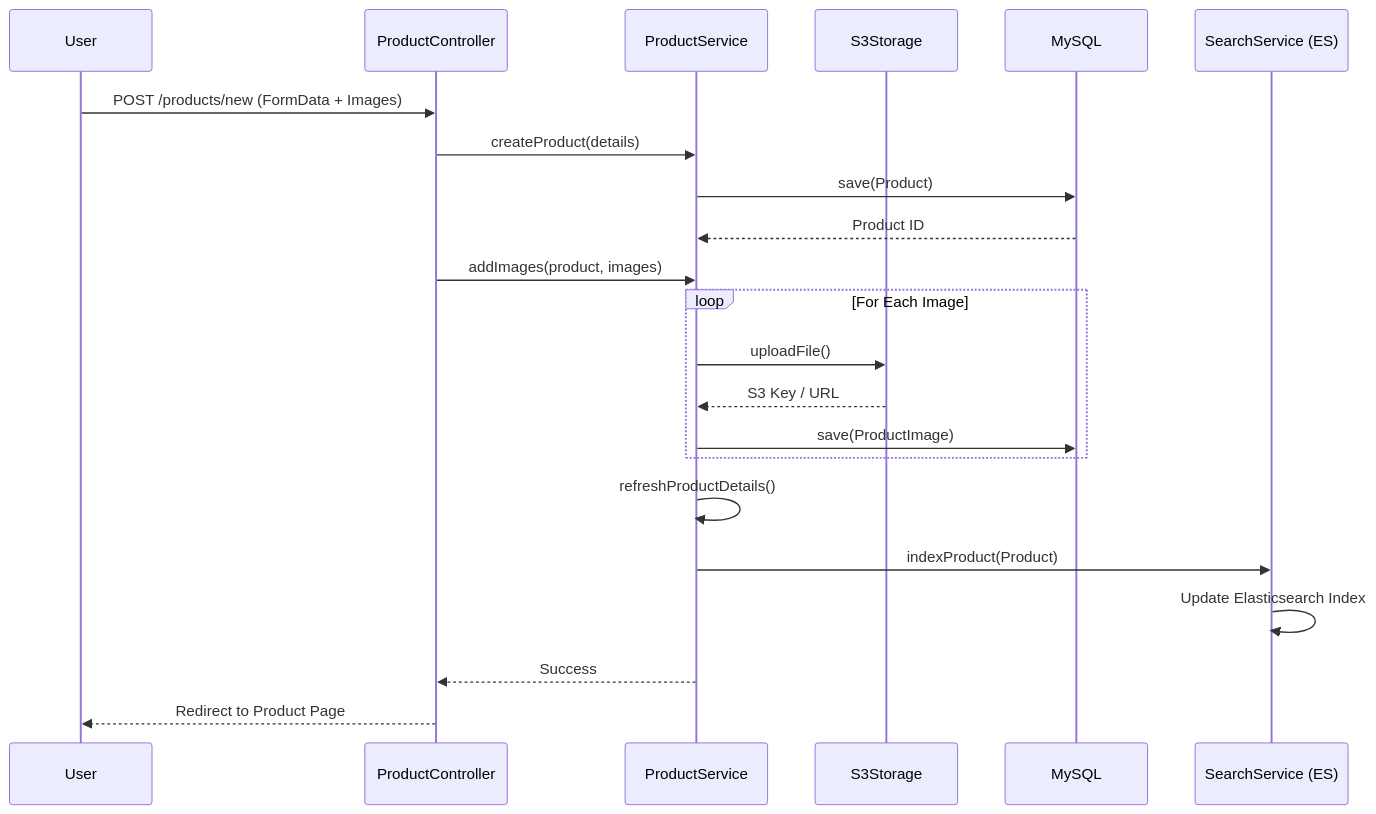
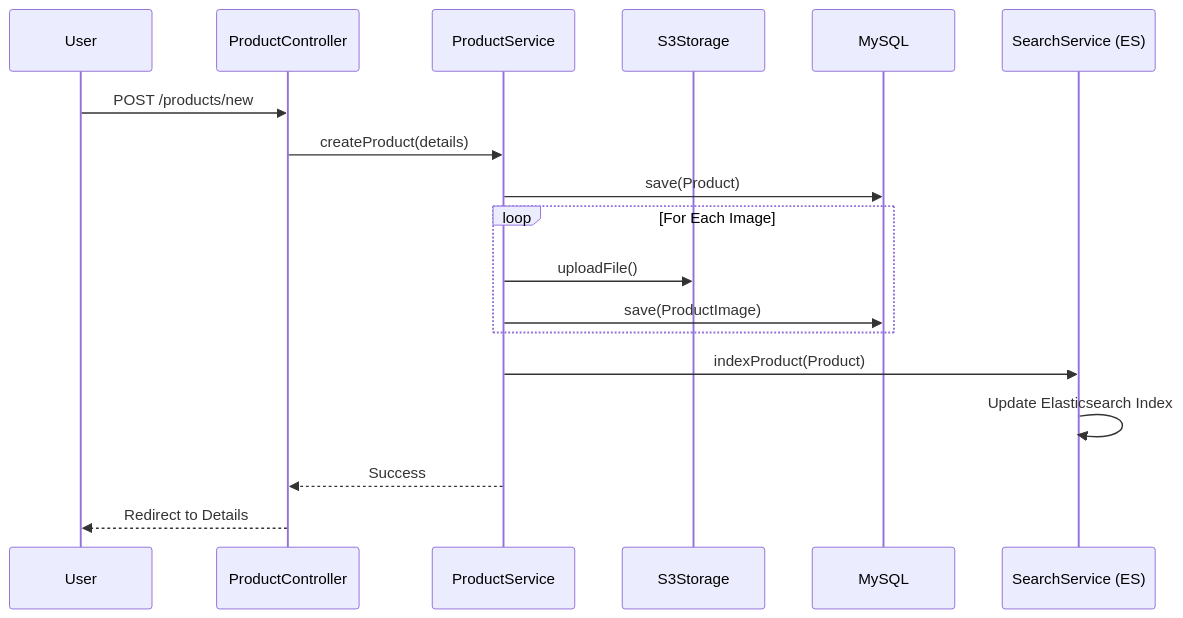
The third of 5 diagrams in docs/technical_documentation.md (Rebbouh-Mohamed/Marketplace-App), drawn with Mermaid before and after one commit. The commit also changed other lines of this file and 8 other files, not shown here.

````diff
--- a/docs/technical_documentation.md
+++ b/docs/technical_documentation.md
@@ -95,27 +88,23 @@
 ```mermaid
 sequenceDiagram
     participant User
     participant Controller as ProductController
     participant Service as ProductService
     participant S3 as S3Storage
     participant DB as MySQL
     participant ES as SearchService (ES)
 
-    User->>Controller: POST /products/new (FormData + Images)
+    User->>Controller: POST /products/new
     Controller->>Service: createProduct(details)
     Service->>DB: save(Product)
-    DB-->>Service: Product ID
     
-    Controller->>Service: addImages(product, images)
     loop For Each Image
         Service->>S3: uploadFile()
-        S3-->>Service: S3 Key / URL
         Service->>DB: save(ProductImage)
     end
     
-    Service->>Service: refreshProductDetails()
     Service->>ES: indexProduct(Product)
     ES->>ES: Update Elasticsearch Index
     Service-->>Controller: Success
-    Controller-->>User: Redirect to Product Page
+    Controller-->>User: Redirect to Details
 ```
````
